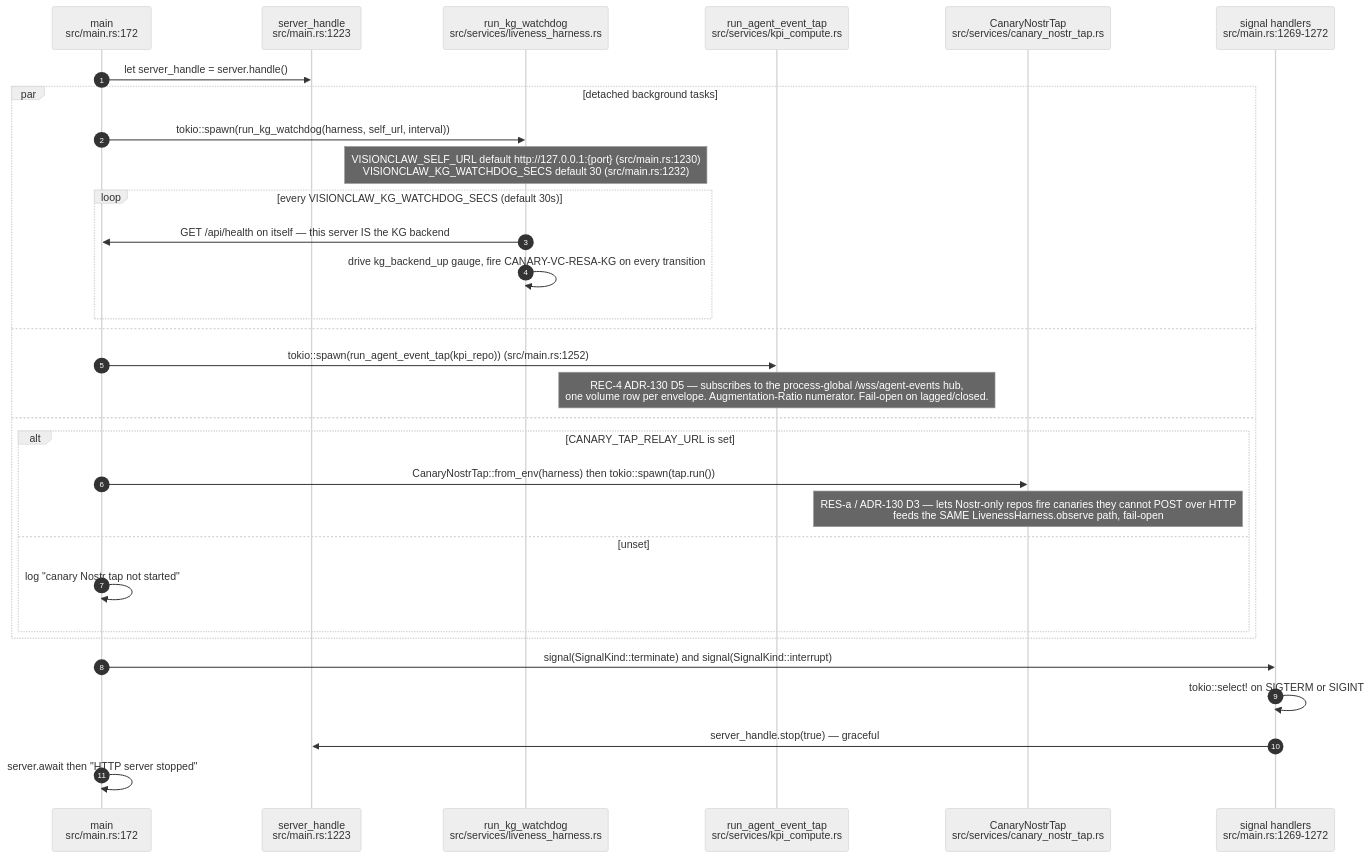
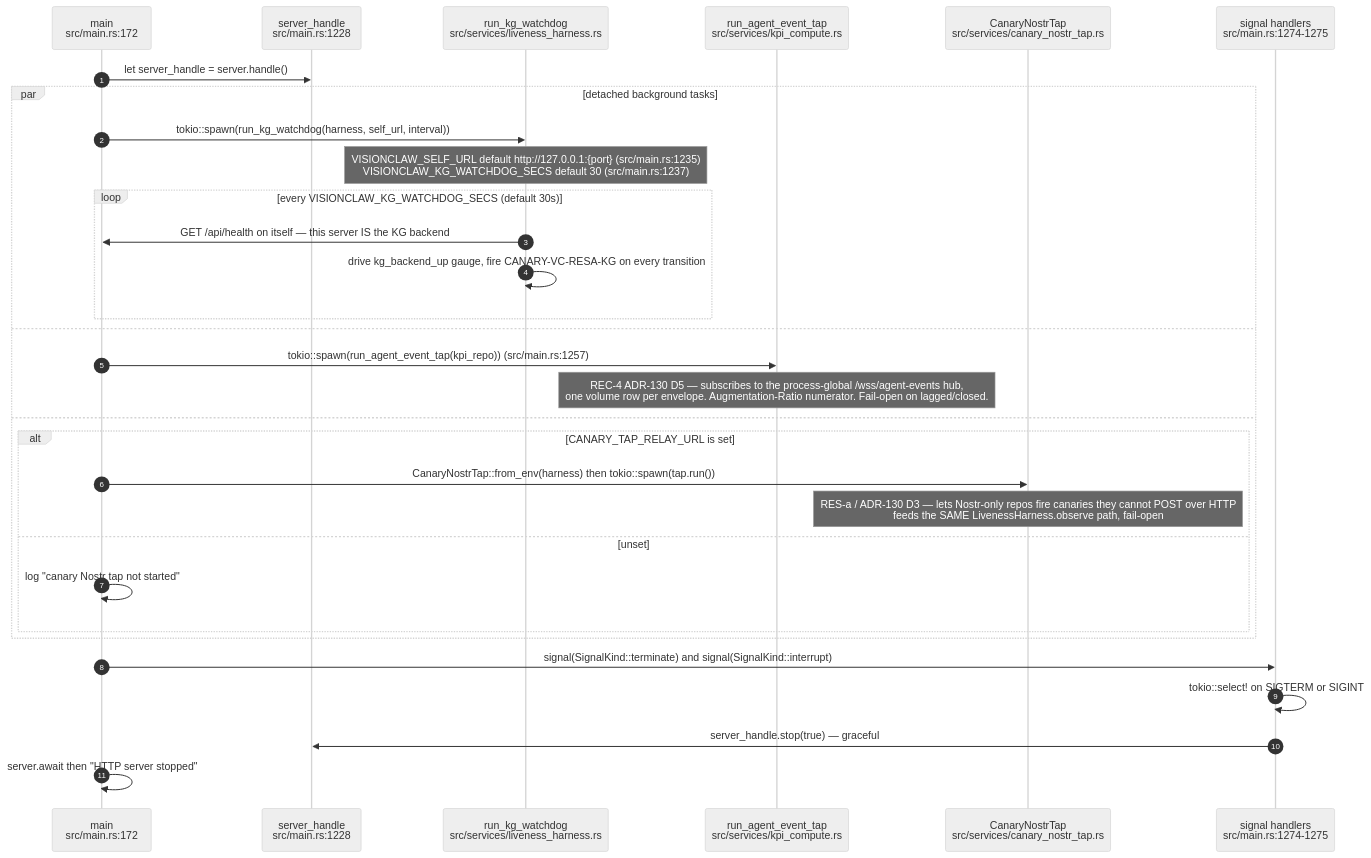
One commit to DreamLab-AI/VisionFlow changed the seventh of 13 diagrams in docs/diagrams/visionclaw/01-boot-and-app-state.md. Above: the diagram before and after it, drawn with Mermaid (neutral theme). The commit also changed other lines of this file and 136 other files, not shown here.

First line of the commit message:
docs(diagrams): refresh the whole corpus to code HEAD and prune low-value diagrams

````diff
--- a/docs/diagrams/visionclaw/01-boot-and-app-state.md
+++ b/docs/diagrams/visionclaw/01-boot-and-app-state.md
@@ -355,34 +328,34 @@
 ```mermaid
 sequenceDiagram
     autonumber
     participant M as main<br/>src/main.rs:172
-    participant SH as server_handle<br/>src/main.rs:1223
+    participant SH as server_handle<br/>src/main.rs:1228
     participant WD as run_kg_watchdog<br/>src/services/liveness_harness.rs
     participant TAP as run_agent_event_tap<br/>src/services/kpi_compute.rs
     participant CT as CanaryNostrTap<br/>src/services/canary_nostr_tap.rs
-    participant SIG as signal handlers<br/>src/main.rs:1269-1272
+    participant SIG as signal handlers<br/>src/main.rs:1274-1275
 
     M->>SH: let server_handle = server.handle()
     par detached background tasks
         M->>WD: tokio::spawn(run_kg_watchdog(harness, self_url, interval))
-        Note over WD: VISIONCLAW_SELF_URL default http://127.0.0.1:{port} (src/main.rs:1230)<br/>VISIONCLAW_KG_WATCHDOG_SECS default 30 (src/main.rs:1232)
+        Note over WD: VISIONCLAW_SELF_URL default http://127.0.0.1:{port} (src/main.rs:1235)<br/>VISIONCLAW_KG_WATCHDOG_SECS default 30 (src/main.rs:1237)
         loop every VISIONCLAW_KG_WATCHDOG_SECS (default 30s)
             WD->>M: GET /api/health on itself — this server IS the KG backend
             WD->>WD: drive kg_backend_up gauge, fire CANARY-VC-RESA-KG on every transition
         end
     and
-        M->>TAP: tokio::spawn(run_agent_event_tap(kpi_repo)) (src/main.rs:1252)
+        M->>TAP: tokio::spawn(run_agent_event_tap(kpi_repo)) (src/main.rs:1257)
         Note over TAP: REC-4 ADR-130 D5 — subscribes to the process-global /wss/agent-events hub,<br/>one volume row per envelope. Augmentation-Ratio numerator. Fail-open on lagged/closed.
     and
         alt CANARY_TAP_RELAY_URL is set
             M->>CT: CanaryNostrTap::from_env(harness) then tokio::spawn(tap.run())
             Note over CT: RES-a / ADR-130 D3 — lets Nostr-only repos fire canaries they cannot POST over HTTP<br/>feeds the SAME LivenessHarness.observe path, fail-open
         else unset
             M->>M: log "canary Nostr tap not started"
         end
     end
     M->>SIG: signal(SignalKind::terminate) and signal(SignalKind::interrupt)
     SIG->>SIG: tokio::select! on SIGTERM or SIGINT
     SIG->>SH: server_handle.stop(true) — graceful
     M->>M: server.await then "HTTP server stopped"
 ```
````
